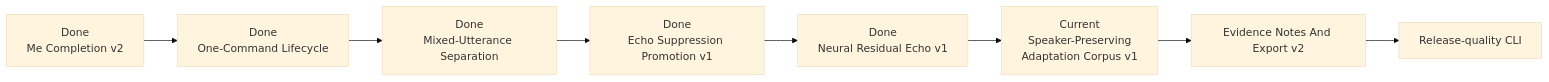
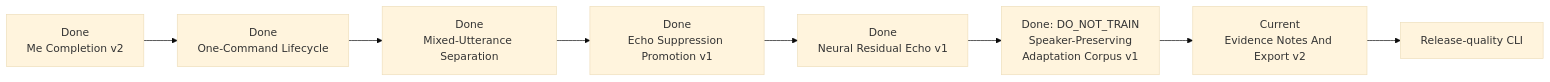
One commit to asukhodko/murmurmark changed the second of 4 diagrams in docs/roadmap/murmurmark-cli-roadmap.md. Above: the diagram before and after it, drawn with Mermaid (base theme). The commit also changed other lines of this file and 15 other files, not shown here.

Commit message:
feat: evaluate speaker-preserving echo corpus

````diff
--- a/docs/roadmap/murmurmark-cli-roadmap.md
+++ b/docs/roadmap/murmurmark-cli-roadmap.md
@@ -100,13 +109,13 @@
 ```mermaid
 flowchart LR
     P["Done<br/>Me Completion v2"]
     L["Done<br/>One-Command Lifecycle"]
     A["Done<br/>Mixed-Utterance Separation"]
     B["Done<br/>Echo Suppression Promotion v1"]
     N["Done<br/>Neural Residual Echo v1"]
-    S["Current<br/>Speaker-Preserving<br/>Adaptation Corpus v1"]
-    C["Evidence Notes And Export v2"]
+    S["Done: DO_NOT_TRAIN<br/>Speaker-Preserving<br/>Adaptation Corpus v1"]
+    C["Current<br/>Evidence Notes And Export v2"]
     D["Release-quality CLI"]
 
     P --> L --> A --> B --> N --> S --> C --> D
 ```
````
